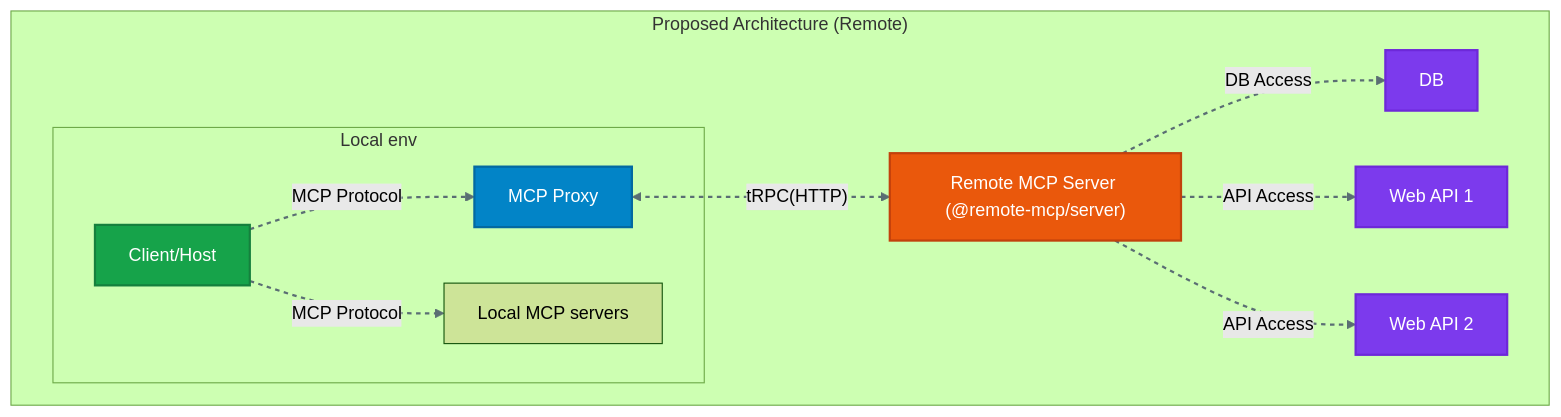
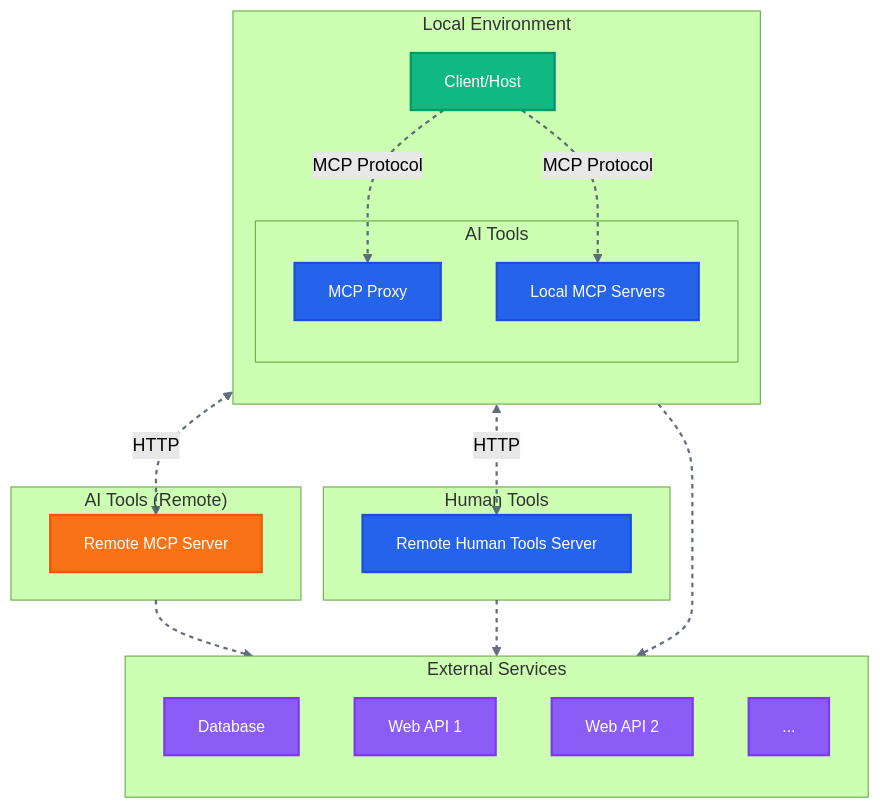
The diagram in README.md (simplaix/simplaix), drawn with Mermaid (forest theme) before and after one commit.

Commit message:
Update README: - Architecture

````diff
--- a/README.md
+++ b/README.md
@@ -56,26 +56,52 @@
 ```mermaid
 graph TD
     %% Enhanced Modern Styling with better contrast
-    classDef client fill:#16a34a,stroke:#15803d,stroke-width:2px,color:#ffffff
-    classDef gateway fill:#0284c7,stroke:#0369a1,stroke-width:2px,color:#ffffff
-    classDef backend fill:#ea580c,stroke:#c2410c,stroke-width:2px,color:#ffffff
-    classDef resource fill:#7c3aed,stroke:#6d28d9,stroke-width:2px,color:#ffffff
-    classDef server fill:#0284c7,stroke:#0369a1,stroke-width:2px,color:#ffffff
+    classDef client fill:#10b981,stroke:#059669,stroke-width:2px,color:#ffffff,font-size:14px
+    classDef gateway fill:#3b82f6,stroke:#2563eb,stroke-width:2px,color:#ffffff,font-size:14px
+    classDef backend fill:#f97316,stroke:#ea580c,stroke-width:2px,color:#ffffff,font-size:14px
+    classDef resource fill:#8b5cf6,stroke:#7c3aed,stroke-width:2px,color:#ffffff,font-size:14px
+    classDef server fill:#2563eb,stroke:#1d4ed8,stroke-width:2px,color:#ffffff,font-size:14px
 
     linkStyle default stroke:#475569,stroke-width:2px,stroke-dasharray: 4 4,opacity:0.85
 
-    %% Proposed MCP Architecture (Decoupled)
-    subgraph Proposed["Proposed Architecture (Remote)"]
-        direction LR
-        subgraph Local["Local env"]
-            D[Client/Host]:::client -->|"MCP Protocol"| E["MCP Proxy"]:::server
-            D[Client/Host]:::client -->|"MCP Protocol"| E2["Local MCP servers"]
+    %% Define graph direction
+    direction LR
+
+    %% Client/Host
+    D[Client/Host]:::client
+
+    %% Local Environment
+    subgraph Local["Local Environment"]
+        direction TB
+        D -->|"MCP Protocol"| E["MCP Proxy"]:::server
+        D -->|"MCP Protocol"| E2["Local MCP Servers"]:::server
+
+        subgraph AITools["AI Tools"]
+            E2
+            E
         end
-        E <-->|"tRPC(HTTP)"| F["Remote MCP Server (@remote-mcp/server)"]:::backend
+    end
 
-        %% Separated Resources
-        F -->|"DB Access"| G1[DB]:::resource
-        F -->|"API Access"| G2["Web API 1"]:::resource
-        F -->|"API Access"| G3["Web API 2"]:::resource
+    %% Remote Server
+
+    subgraph AIToolsRemote["AI Tools (Remote)"]
+        E <-->|"HTTP"| F["Remote MCP Server"]:::backend
     end
+    subgraph HumanTools["Human Tools"]
+        D <-->|"HTTP"| F2["Remote Human Tools Server"]:::server
+    end
+
+    %% Arrange Resources Equally
+    subgraph Resources["External Services"]
+        direction TB
+        G1[Database]:::resource
+        G2["Web API 1"]:::resource
+        G3["Web API 2"]:::resource
+        ...:::resource
+    end
+    %% Resources
+    AIToolsRemote --> Resources
+    E2 --> Resources
+    HumanTools --> Resources
+
 ```
````
